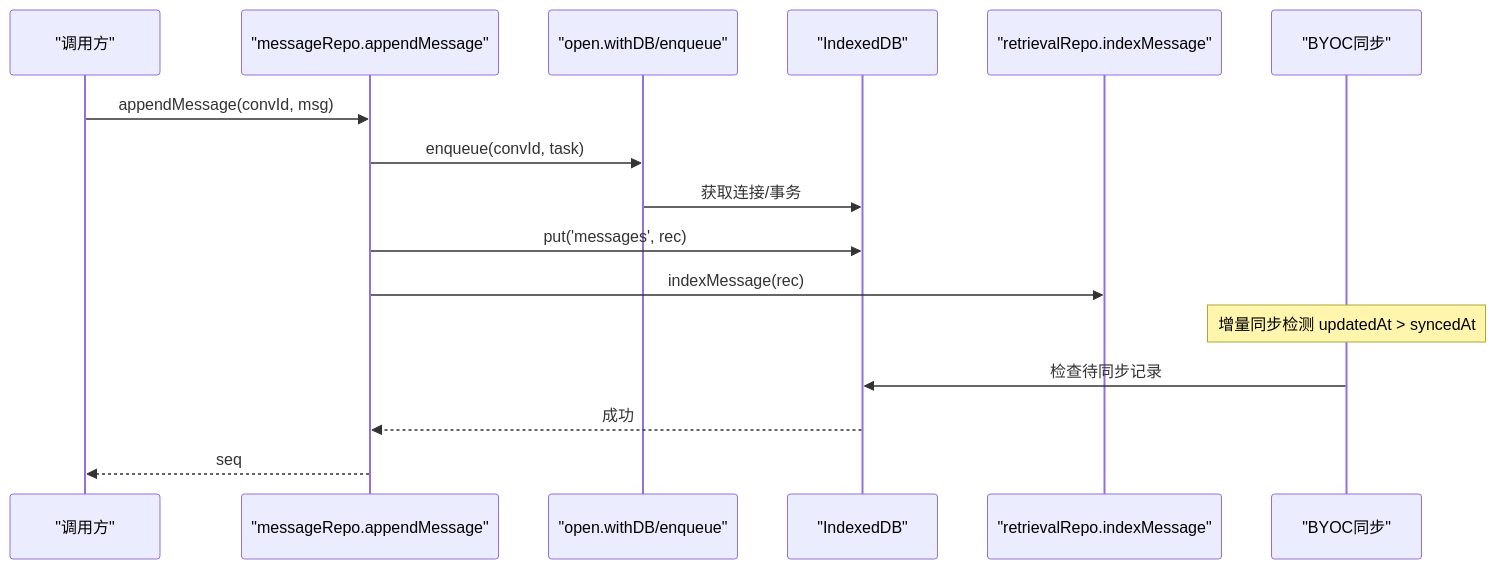
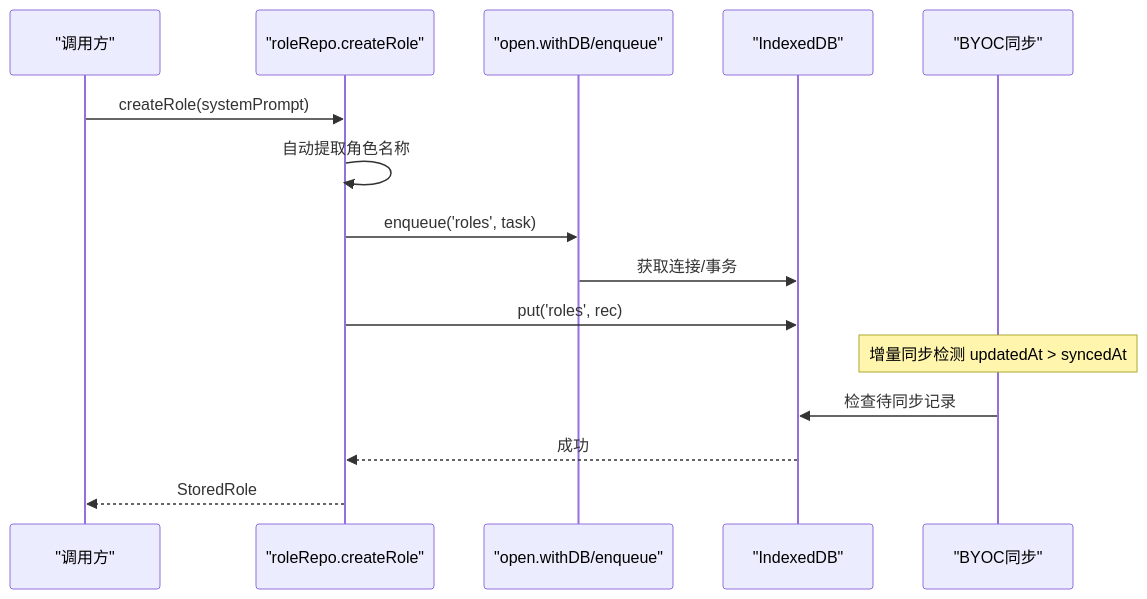
Before and after one commit to billye220670/AIShop: the second of 12 diagrams in .qoder/repowiki/zh/content/数据持久化/数据库层/数据库层.md, drawn with Mermaid. The commit also changed other lines of this file and 32 other files, not shown here.

````diff
--- a/.qoder/repowiki/zh/content/数据持久化/数据库层/数据库层.md
+++ b/.qoder/repowiki/zh/content/数据持久化/数据库层/数据库层.md
@@ -118,18 +125,17 @@
 ```mermaid
 sequenceDiagram
 participant UI as "调用方"
-participant Repo as "messageRepo.appendMessage"
+participant Role as "roleRepo.createRole"
 participant Open as "open.withDB/enqueue"
 participant IDB as "IndexedDB"
-participant Ret as "retrievalRepo.indexMessage"
-participant Sync as "BYOC同步"
-UI->>Repo : appendMessage(convId, msg)
-Repo->>Open : enqueue(convId, task)
+participant Ret as "BYOC同步"
+UI->>Role : createRole(systemPrompt)
+Role->>Role : 自动提取角色名称
+Role->>Open : enqueue('roles', task)
 Open->>IDB : 获取连接/事务
-Repo->>IDB : put('messages', rec)
-Repo->>Ret : indexMessage(rec)
-Note over Sync : 增量同步检测 updatedAt > syncedAt
-Sync->>IDB : 检查待同步记录
-IDB-->>Repo : 成功
-Repo-->>UI : seq
+Role->>IDB : put('roles', rec)
+Note over Ret : 增量同步检测 updatedAt > syncedAt
+Ret->>IDB : 检查待同步记录
+IDB-->>Role : 成功
+Role-->>UI : StoredRole
 ```
````
